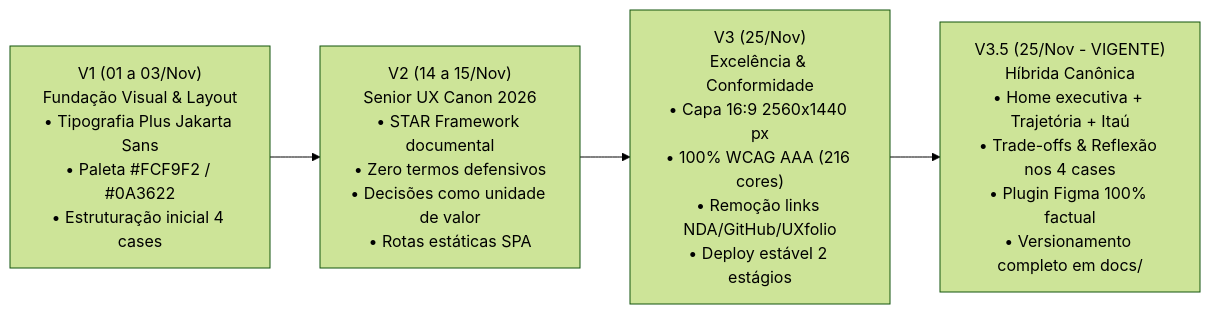
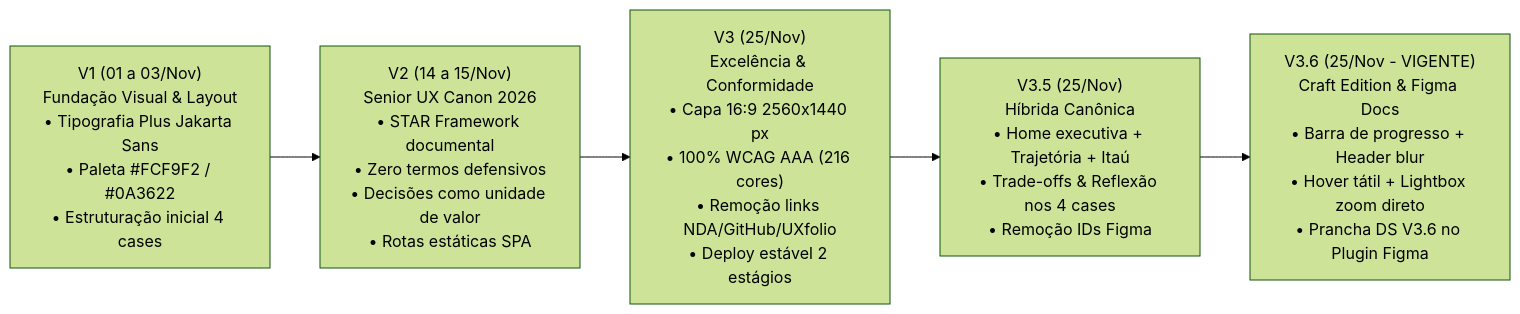
Before and after one commit to israelfull-commits/portfolio: the diagram in docs/INDEX_GOVERNANCA_E_DECISOES.md, drawn with Mermaid (forest theme). The commit also changed other lines of this file and 7 other files, not shown here.

Commit message:
feat(v3.6): Craft Edition (reading progress bar, scrolled header blur, tactile card hover, lightbox direct click-to-zoom) + Figma DS V3.6 docs frame and versioned changelog

````diff
--- a/docs/INDEX_GOVERNANCA_E_DECISOES.md
+++ b/docs/INDEX_GOVERNANCA_E_DECISOES.md
@@ -15,8 +15,9 @@
 ```mermaid
 flowchart LR
     V1["V1 (01 a 03/Nov)<br>Fundação Visual & Layout<br>• Tipografia Plus Jakarta Sans<br>• Paleta #FCF9F2 / #0A3622<br>• Estruturação inicial 4 cases"]
     V2["V2 (14 a 15/Nov)<br>Senior UX Canon 2026<br>• STAR Framework documental<br>• Zero termos defensivos<br>• Decisões como unidade de valor<br>• Rotas estáticas SPA"]
     V3["V3 (25/Nov)<br>Excelência & Conformidade<br>• Capa 16:9 2560x1440 px<br>• 100% WCAG AAA (216 cores)<br>• Remoção links NDA/GitHub/UXfolio<br>• Deploy estável 2 estágios"]
-    V35["V3.5 (25/Nov - VIGENTE)<br>Híbrida Canônica<br>• Home executiva + Trajetória + Itaú<br>• Trade-offs & Reflexão nos 4 cases<br>• Plugin Figma 100% factual<br>• Versionamento completo em docs/"]
-    V1 --> V2 --> V3 --> V35
+    V35["V3.5 (25/Nov)<br>Híbrida Canônica<br>• Home executiva + Trajetória + Itaú<br>• Trade-offs & Reflexão nos 4 cases<br>• Remoção IDs Figma"]
+    V36["V3.6 (25/Nov - VIGENTE)<br>Craft Edition & Figma Docs<br>• Barra de progresso + Header blur<br>• Hover tátil + Lightbox zoom direto<br>• Prancha DS V3.6 no Plugin Figma"]
+    V1 --> V2 --> V3 --> V35 --> V36
 ```
````
